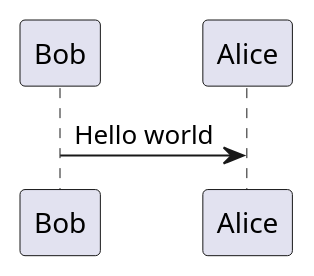
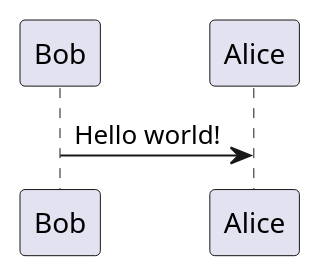
One commit to AntonHede/asciidoc-test changed the second of 3 diagrams in docs/ci-test-setup.adoc. Above: the diagram before and after it, drawn with PlantUML. The commit also changed other lines of this file, not shown here.

```diff
--- a/docs/ci-test-setup.adoc
+++ b/docs/ci-test-setup.adoc
@@ -82,6 +80,6 @@
 [plantuml, seqence-diagram, svg]
 -------------------------------------------
 @startuml
-Bob->Alice: Hello world
+Bob->Alice: Hello world!
 @enduml
 -------------------------------------------
```
